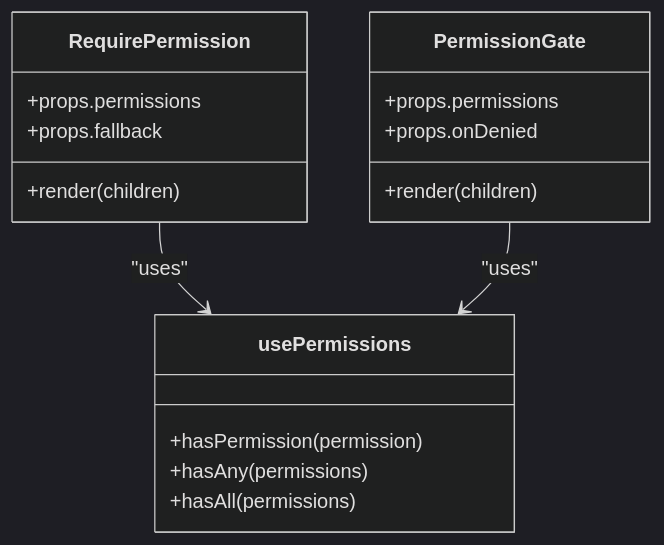
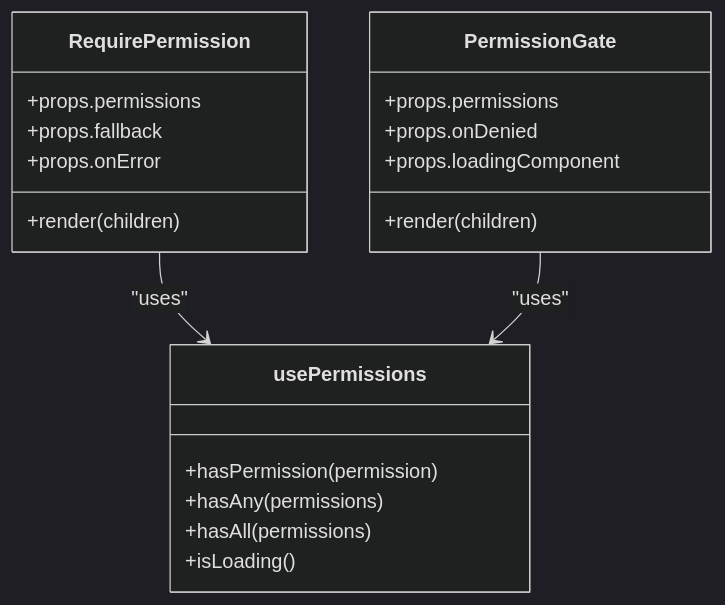
Before and after one commit to franckylab/eLISAschool: the sixth of 10 diagrams in .qoder/repowiki/en/content/System Architecture/Frontend Architecture/Authentication & Authorization UI/Authentication & Authorization UI.md, drawn with Mermaid (dark theme). The commit also changed other lines of this file and 97 other files, not shown here.

````diff
--- a/.qoder/repowiki/en/content/System Architecture/Frontend Architecture/Authentication & Authorization UI/Authentication & Authorization UI.md
+++ b/.qoder/repowiki/en/content/System Architecture/Frontend Architecture/Authentication & Authorization UI/Authentication & Authorization UI.md
@@ -249,20 +268,23 @@
 ```mermaid
 classDiagram
 class RequirePermission {
 +props.permissions
 +props.fallback
++props.onError
 +render(children)
 }
 class PermissionGate {
 +props.permissions
 +props.onDenied
++props.loadingComponent
 +render(children)
 }
 class usePermissions {
 +hasPermission(permission)
 +hasAny(permissions)
 +hasAll(permissions)
++isLoading()
 }
 RequirePermission --> usePermissions : "uses"
 PermissionGate --> usePermissions : "uses"
 ```
````
